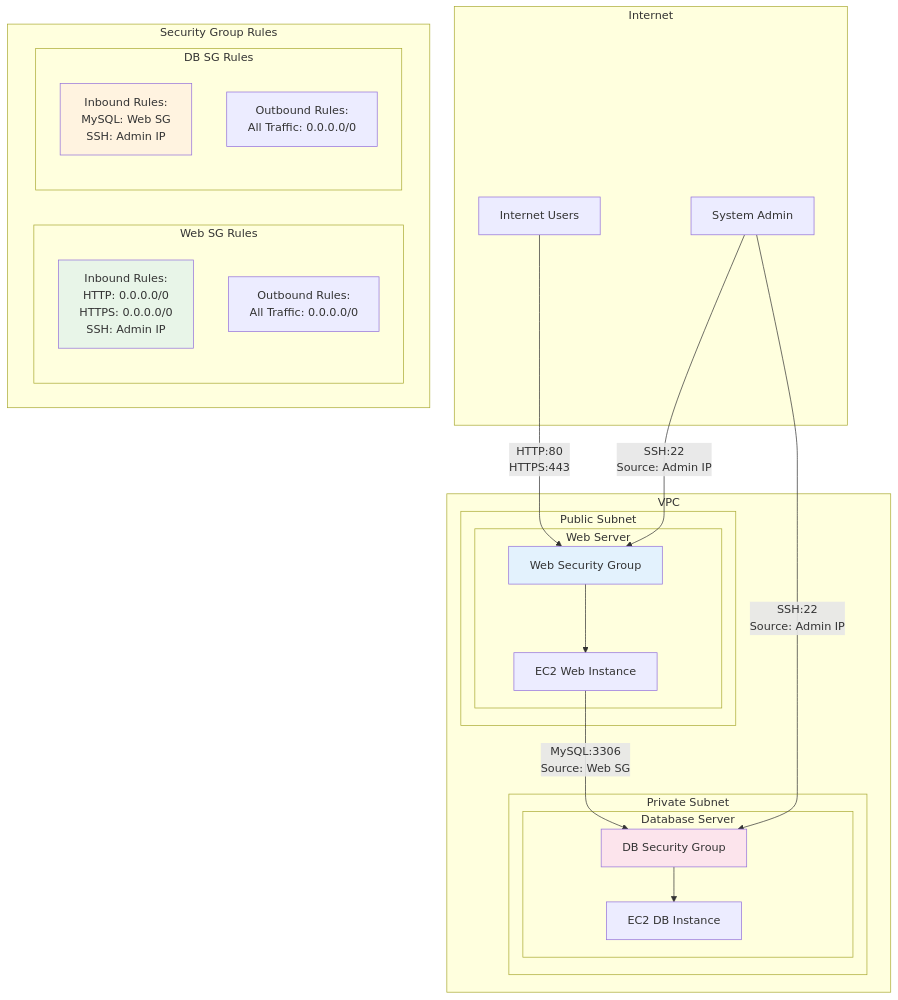
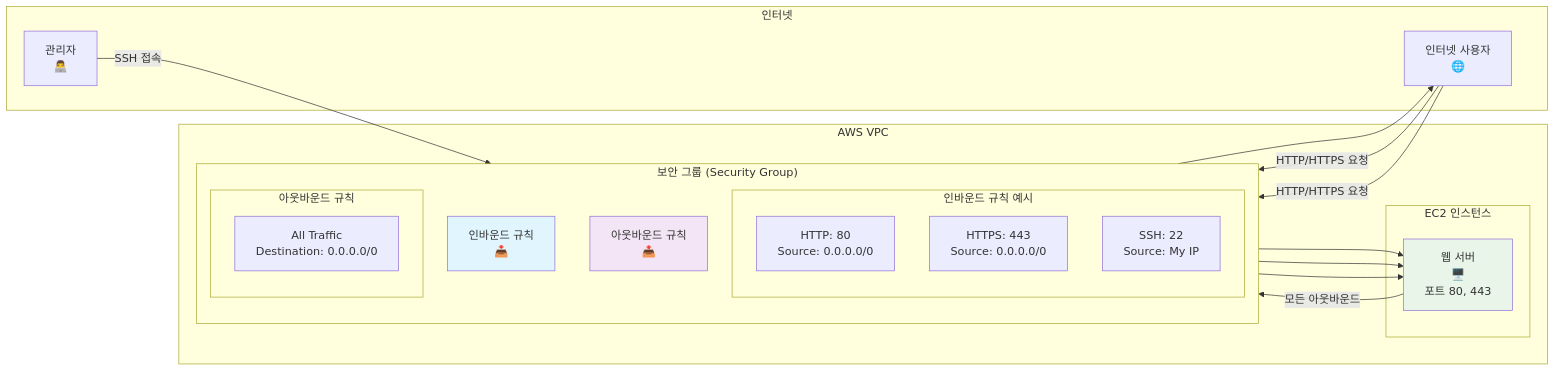
One commit to niceguy61/lecture_maker changed the fourth of 10 diagrams in aws-saa-study-materials/week1/day3/visuals/ec2-architecture.md. Above: the diagram before and after it, drawn with Mermaid. The commit also changed other lines of this file and 58 other files, not shown here.

````diff
--- a/aws-saa-study-materials/week1/day3/visuals/ec2-architecture.md
+++ b/aws-saa-study-materials/week1/day3/visuals/ec2-architecture.md
@@ -213,48 +163,44 @@
 ```mermaid
-graph TB
-    subgraph "Internet"
-        USER[Internet Users]
-        ADMIN[System Admin]
+graph LR
+    subgraph "인터넷"
+        INTERNET[인터넷 사용자<br/>🌐]
+        ADMIN[관리자<br/>👨‍💻]
     end
     
-    subgraph "VPC"
-        subgraph "Public Subnet"
-            subgraph "Web Server"
-                WEB[EC2 Web Instance]
-                WEBSG[Web Security Group]
+    subgraph "AWS VPC"
+        subgraph "보안 그룹 (Security Group)"
+            direction TB
+            INBOUND[인바운드 규칙<br/>📥]
+            OUTBOUND[아웃바운드 규칙<br/>📤]
+            
+            subgraph "인바운드 규칙 예시"
+                HTTP[HTTP: 80<br/>Source: 0.0.0.0/0]
+                HTTPS[HTTPS: 443<br/>Source: 0.0.0.0/0]
+                SSH[SSH: 22<br/>Source: My IP]
+            end
+            
+            subgraph "아웃바운드 규칙"
+                ALL_OUT[All Traffic<br/>Destination: 0.0.0.0/0]
             end
         end
         
-        subgraph "Private Subnet"
-            subgraph "Database Server"
-                DB[EC2 DB Instance]
-                DBSG[DB Security Group]
-            end
+        subgraph "EC2 인스턴스"
+            WEB[웹 서버<br/>🖥️<br/>포트 80, 443]
         end
     end
     
-    USER -->|HTTP:80<br/>HTTPS:443| WEBSG
-    ADMIN -->|SSH:22<br/>Source: Admin IP| WEBSG
-    WEBSG --> WEB
+    INTERNET --> |HTTP/HTTPS 요청| HTTP
+    INTERNET --> |HTTP/HTTPS 요청| HTTPS
+    ADMIN --> |SSH 접속| SSH
     
-    WEB -->|MySQL:3306<br/>Source: Web SG| DBSG
-    ADMIN -->|SSH:22<br/>Source: Admin IP| DBSG
-    DBSG --> DB
+    HTTP --> WEB
+    HTTPS --> WEB
+    SSH --> WEB
     
-    subgraph "Security Group Rules"
-        subgraph "Web SG Rules"
-            WEBIN[Inbound Rules:<br/>HTTP: 0.0.0.0/0<br/>HTTPS: 0.0.0.0/0<br/>SSH: Admin IP]
-            WEBOUT[Outbound Rules:<br/>All Traffic: 0.0.0.0/0]
-        end
-        
-        subgraph "DB SG Rules"
-            DBIN[Inbound Rules:<br/>MySQL: Web SG<br/>SSH: Admin IP]
-            DBOUT[Outbound Rules:<br/>All Traffic: 0.0.0.0/0]
-        end
-    end
+    WEB --> |모든 아웃바운드| ALL_OUT
+    ALL_OUT --> INTERNET
     
-    style WEBSG fill:#e3f2fd
-    style DBSG fill:#fce4ec
-    style WEBIN fill:#e8f5e8
-    style DBIN fill:#fff3e0
+    style INBOUND fill:#e1f5fe
+    style OUTBOUND fill:#f3e5f5
+    style WEB fill:#e8f5e8
 ```
````
